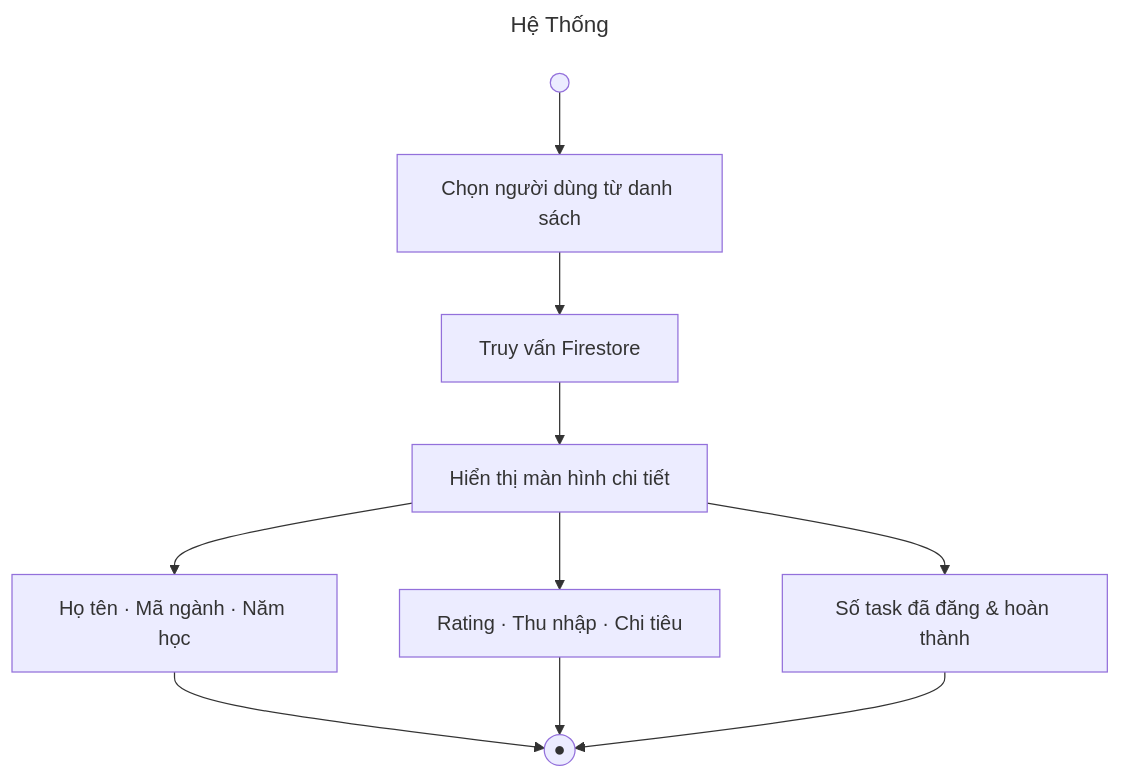
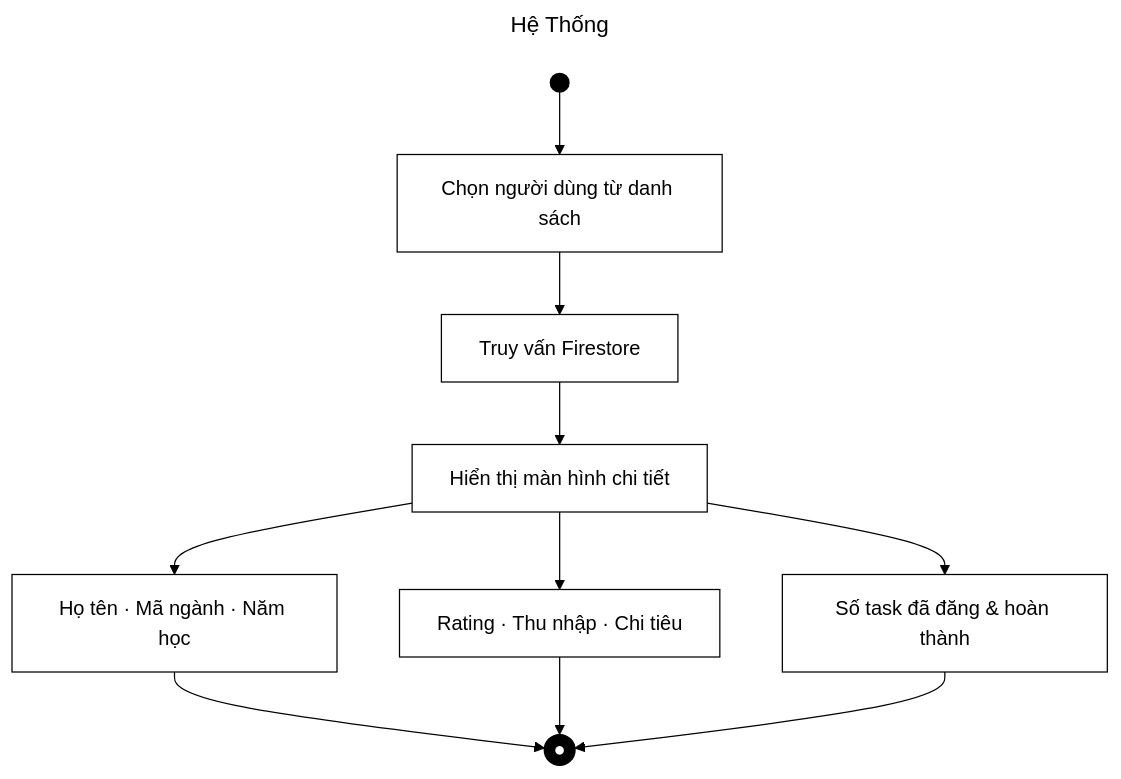
One commit to Babiboyy55/TaskHeroPKA changed the third of 22 diagrams in Activity_Diagrams.md. Above: the diagram before and after it, drawn with Mermaid. The commit also changed other lines of this file, not shown here.

````diff
--- a/Activity_Diagrams.md
+++ b/Activity_Diagrams.md
@@ -45,13 +51,16 @@
 ```mermaid
 ---
 title: Hệ Thống
 ---
+%%{init: {'theme':'base', 'themeVariables': {'primaryColor':'#ffffff', 'primaryBorderColor':'#000000', 'primaryTextColor':'#000000', 'lineColor':'#000000', 'edgeLabelBackground':'#ffffff', 'tertiaryColor':'#ffffff'}}}%%
 flowchart TD
-    S(( )) --> A[Chọn người dùng từ danh sách]
+    classDef default fill:#ffffff,stroke:#000000,stroke-width:1px,color:#000000;
+    classDef blackNode fill:#000000,stroke:#000000,stroke-width:1px,color:#ffffff;
+    S(( )):::blackNode --> A[Chọn người dùng từ danh sách]
     A --> B[Truy vấn Firestore]
     B --> C[Hiển thị màn hình chi tiết]
     C --> D[Họ tên · Mã ngành · Năm học]
     C --> E[Rating · Thu nhập · Chi tiêu]
     C --> F[Số task đã đăng & hoàn thành]
-    D & E & F --> Z((●))
+    D & E & F --> Z((●)):::blackNode
 ```
````
